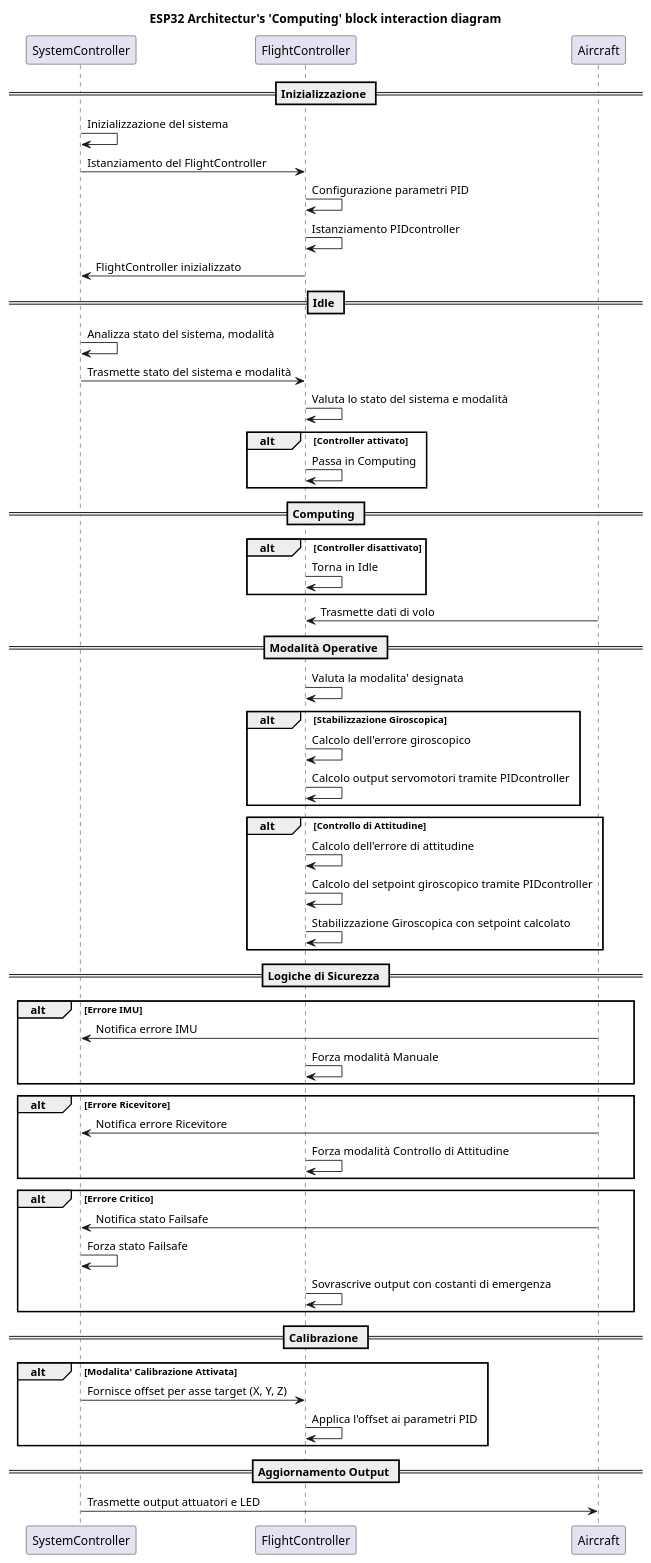
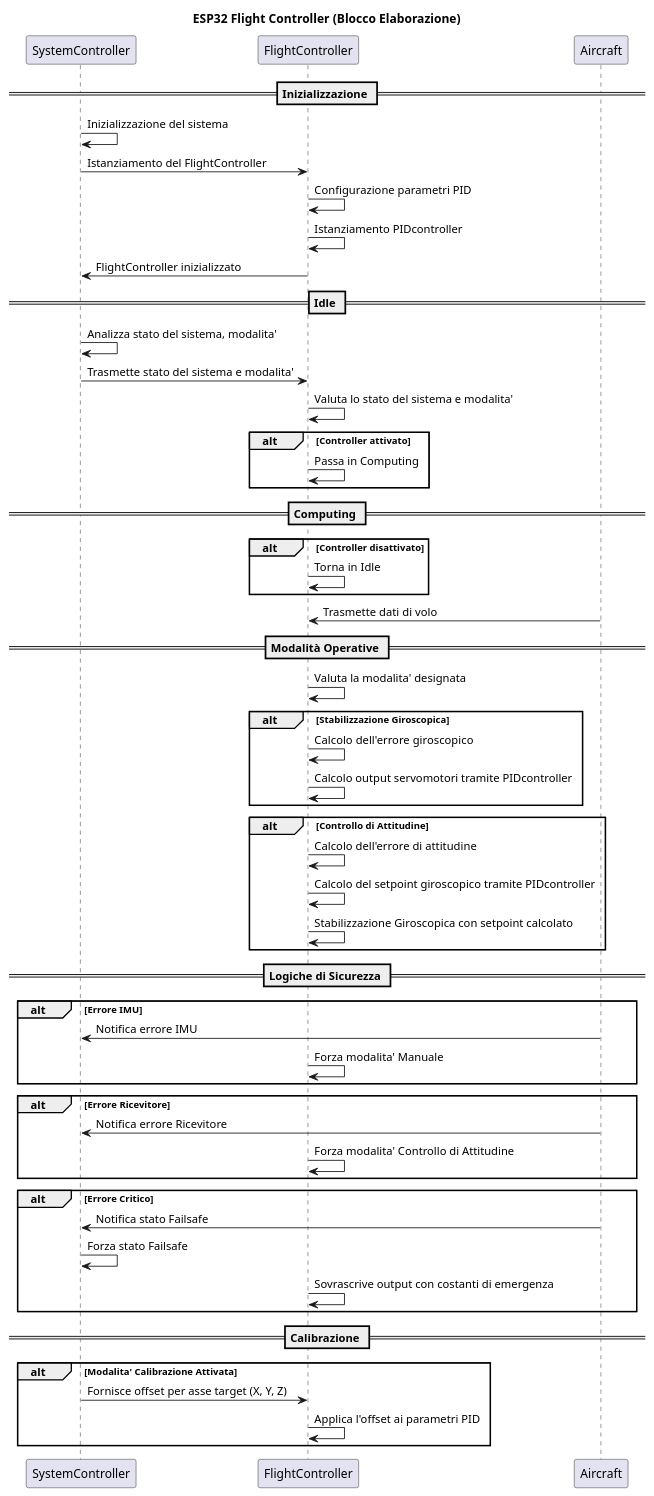
Before and after one commit to ZeroEra99/ESP32_FlightController: the diagram in docs/Diagrams/esp32_flightcontroller_lifecycle.puml, drawn with PlantUML. The commit also changed 5 other files, not shown here.

```diff
--- a/docs/Diagrams/esp32_flightcontroller_lifecycle.puml
+++ b/docs/Diagrams/esp32_flightcontroller_lifecycle.puml
@@ -1,71 +1,68 @@
 @startuml esp32_flightcontroller_lifecycle
 
-title ESP32 Architectur's 'Computing' block interaction diagram
+title ESP32 Flight Controller (Blocco Elaborazione)
 
 participant "SystemController" as SC
 participant "FlightController" as FC
 participant "Aircraft" as AC
 
 == Inizializzazione ==
 SC -> SC : Inizializzazione del sistema
 SC -> FC : Istanziamento del FlightController
 FC -> FC : Configurazione parametri PID
 FC -> FC : Istanziamento PIDcontroller
 FC -> SC : FlightController inizializzato
 
 == Idle ==
-SC -> SC : Analizza stato del sistema, modalità
-SC -> FC : Trasmette stato del sistema e modalità
-FC -> FC : Valuta lo stato del sistema e modalità
+SC -> SC : Analizza stato del sistema, modalita'
+SC -> FC : Trasmette stato del sistema e modalita'
+FC -> FC : Valuta lo stato del sistema e modalita'
 alt Controller attivato
     FC -> FC : Passa in Computing
 end
 
 == Computing ==
 alt Controller disattivato
     FC -> FC : Torna in Idle
 end
 
 AC -> FC : Trasmette dati di volo
 
 == Modalità Operative ==
 FC -> FC : Valuta la modalita' designata
 alt Stabilizzazione Giroscopica
     FC -> FC : Calcolo dell'errore giroscopico
     FC -> FC : Calcolo output servomotori tramite PIDcontroller
 end
 
 alt Controllo di Attitudine
     FC -> FC : Calcolo dell'errore di attitudine
     FC -> FC : Calcolo del setpoint giroscopico tramite PIDcontroller
     FC -> FC : Stabilizzazione Giroscopica con setpoint calcolato
 end
 
 == Logiche di Sicurezza ==
 alt Errore IMU
     AC -> SC : Notifica errore IMU
-    FC -> FC : Forza modalità Manuale
+    FC -> FC : Forza modalita' Manuale
 end
 
 alt Errore Ricevitore
     AC -> SC : Notifica errore Ricevitore
-    FC -> FC : Forza modalità Controllo di Attitudine
+    FC -> FC : Forza modalita' Controllo di Attitudine
 
 end
 
 alt Errore Critico
     AC -> SC : Notifica stato Failsafe
     SC -> SC : Forza stato Failsafe
     FC -> FC : Sovrascrive output con costanti di emergenza
 end
 
 == Calibrazione ==
 alt Modalita' Calibrazione Attivata
     SC -> FC : Fornisce offset per asse target (X, Y, Z)
     FC -> FC : Applica l'offset ai parametri PID
 end
 
-== Aggiornamento Output ==
-SC -> AC : Trasmette output attuatori e LED
-
 @enduml
```
